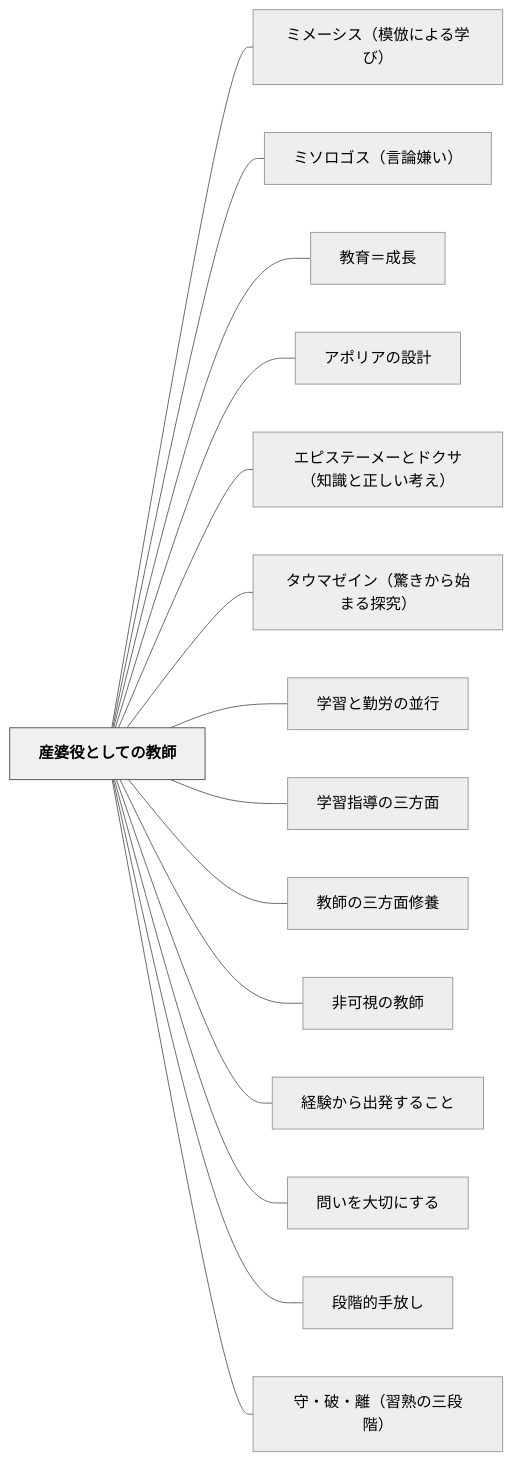
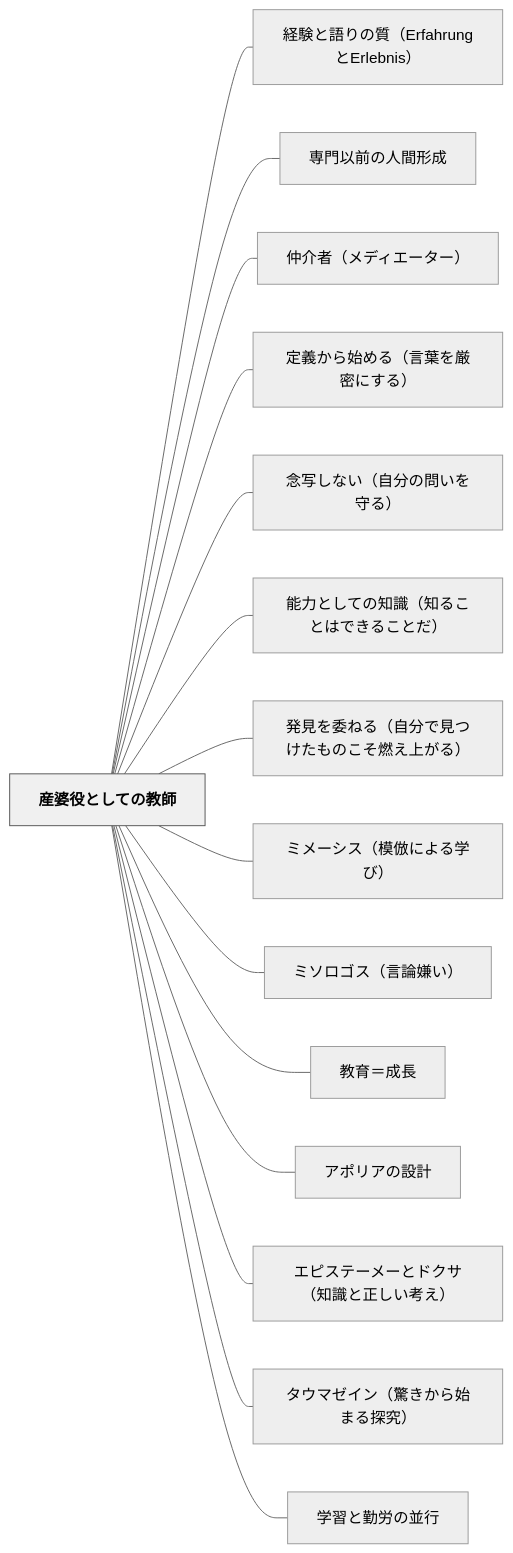
Before and after one commit to unknownthings-ed-patterns/unknownthings-ed-patterns: the diagram in content/パタン/産婆役としての教師.md, drawn with Mermaid (neutral theme). The commit also changed other lines of this file and 185 other files, not shown here.

````diff
--- a/content/パタン/産婆役としての教師.md
+++ b/content/パタン/産婆役としての教師.md
@@ -540,36 +547,36 @@
 ```mermaid
 flowchart LR
     ne794a3e5a986e5bdb9e381a8e38197e381a6e381aee69599e5b8ab["産婆役としての教師"]
+    ne7b58ce9a893e381a8e8aa9ee3828ae381aee8b3aaefbc88457266616872756e67e381a845726c65626e6973efbc89["経験と語りの質（ErfahrungとErlebnis）"]
+    ne5b082e99680e4bba5e5898de381aee4babae99693e5bda2e68890["専門以前の人間形成"]
+    ne4bbb2e4bb8be88085efbc88e383a1e38387e382a3e382a8e383bce382bfe383bcefbc89["仲介者（メディエーター）"]
+    ne5ae9ae7bea9e3818be38289e5a78be38281e3828befbc88e8a880e89189e38292e58eb3e5af86e381abe38199e3828befbc89["定義から始める（言葉を厳密にする）"]
+    ne5bfb5e58699e38197e381aae38184efbc88e887aae58886e381aee5958fe38184e38292e5ae88e3828befbc89["念写しない（自分の問いを守る）"]
+    ne883bde58a9be381a8e38197e381a6e381aee79fa5e8ad98efbc88e79fa5e3828be38193e381a8e381afe381a7e3818de3828be38193e381a8e381a0efbc89["能力としての知識（知ることはできることだ）"]
+    ne799bae8a68be38292e5a794e381ade3828befbc88e887aae58886e381a7e8a68be381a4e38191e3819fe38282e381aee38193e3819de78783e38188e4b88ae3818ce3828befbc89["発見を委ねる（自分で見つけたものこそ燃え上がる）"]
     ne3839fe383a1e383bce382b7e382b9efbc88e6a8a1e580a3e381abe38288e3828be5ada6e381b3efbc89["ミメーシス（模倣による学び）"]
     ne3839fe382bde383ade382b4e382b9efbc88e8a880e8ab96e5ab8ce38184efbc89["ミソロゴス（言論嫌い）"]
     ne69599e882b2efbc9de68890e995b7["教育＝成長"]
     ne382a2e3839de383aae382a2e381aee8a8ade8a888["アポリアの設計"]
     ne382a8e38394e382b9e38386e383bce383a1e383bce381a8e38389e382afe382b5efbc88e79fa5e8ad98e381a8e6ada3e38197e38184e88083e38188efbc89["エピステーメーとドクサ（知識と正しい考え）"]
     ne382bfe382a6e3839ee382bce382a4e383b3efbc88e9a99ae3818de3818be38289e5a78be381bee3828be68ea2e7a9b6efbc89["タウマゼイン（驚きから始まる探究）"]
     ne5ada6e7bf92e381a8e58ba4e58ab4e381aee4b8a6e8a18c["学習と勤労の並行"]
-    ne5ada6e7bf92e68c87e5b08ee381aee4b889e696b9e99da2["学習指導の三方面"]
-    ne69599e5b8abe381aee4b889e696b9e99da2e4bfaee9a48a["教師の三方面修養"]
-    ne99d9ee58fafe8a696e381aee69599e5b8ab["非可視の教師"]
-    ne7b58ce9a893e3818be38289e587bae799bae38199e3828be38193e381a8["経験から出発すること"]
-    ne5958fe38184e38292e5a4a7e58887e381abe38199e3828b["問いを大切にする"]
-    ne6aeb5e99a8ee79a84e6898be694bee38197["段階的手放し"]
-    ne5ae88e383bbe7a0b4e383bbe99ba2efbc88e7bf92e7869fe381aee4b889e6aeb5e99a8eefbc89["守・破・離（習熟の三段階）"]
 
+    ne794a3e5a986e5bdb9e381a8e38197e381a6e381aee69599e5b8ab --- ne7b58ce9a893e381a8e8aa9ee3828ae381aee8b3aaefbc88457266616872756e67e381a845726c65626e6973efbc89
+    ne794a3e5a986e5bdb9e381a8e38197e381a6e381aee69599e5b8ab --- ne5b082e99680e4bba5e5898de381aee4babae99693e5bda2e68890
+    ne794a3e5a986e5bdb9e381a8e38197e381a6e381aee69599e5b8ab --- ne4bbb2e4bb8be88085efbc88e383a1e38387e382a3e382a8e383bce382bfe383bcefbc89
+    ne794a3e5a986e5bdb9e381a8e38197e381a6e381aee69599e5b8ab --- ne5ae9ae7bea9e3818be38289e5a78be38281e3828befbc88e8a880e89189e38292e58eb3e5af86e381abe38199e3828befbc89
+    ne794a3e5a986e5bdb9e381a8e38197e381a6e381aee69599e5b8ab --- ne5bfb5e58699e38197e381aae38184efbc88e887aae58886e381aee5958fe38184e38292e5ae88e3828befbc89
+    ne794a3e5a986e5bdb9e381a8e38197e381a6e381aee69599e5b8ab --- ne883bde58a9be381a8e38197e381a6e381aee79fa5e8ad98efbc88e79fa5e3828be38193e381a8e381afe381a7e3818de3828be38193e381a8e381a0efbc89
+    ne794a3e5a986e5bdb9e381a8e38197e381a6e381aee69599e5b8ab --- ne799bae8a68be38292e5a794e381ade3828befbc88e887aae58886e381a7e8a68be381a4e38191e3819fe38282e381aee38193e3819de78783e38188e4b88ae3818ce3828befbc89
     ne794a3e5a986e5bdb9e381a8e38197e381a6e381aee69599e5b8ab --- ne3839fe383a1e383bce382b7e382b9efbc88e6a8a1e580a3e381abe38288e3828be5ada6e381b3efbc89
     ne794a3e5a986e5bdb9e381a8e38197e381a6e381aee69599e5b8ab --- ne3839fe382bde383ade382b4e382b9efbc88e8a880e8ab96e5ab8ce38184efbc89
     ne794a3e5a986e5bdb9e381a8e38197e381a6e381aee69599e5b8ab --- ne69599e882b2efbc9de68890e995b7
     ne794a3e5a986e5bdb9e381a8e38197e381a6e381aee69599e5b8ab --- ne382a2e3839de383aae382a2e381aee8a8ade8a888
     ne794a3e5a986e5bdb9e381a8e38197e381a6e381aee69599e5b8ab --- ne382a8e38394e382b9e38386e383bce383a1e383bce381a8e38389e382afe382b5efbc88e79fa5e8ad98e381a8e6ada3e38197e38184e88083e38188efbc89
     ne794a3e5a986e5bdb9e381a8e38197e381a6e381aee69599e5b8ab --- ne382bfe382a6e3839ee382bce382a4e383b3efbc88e9a99ae3818de3818be38289e5a78be381bee3828be68ea2e7a9b6efbc89
     ne794a3e5a986e5bdb9e381a8e38197e381a6e381aee69599e5b8ab --- ne5ada6e7bf92e381a8e58ba4e58ab4e381aee4b8a6e8a18c
-    ne794a3e5a986e5bdb9e381a8e38197e381a6e381aee69599e5b8ab --- ne5ada6e7bf92e68c87e5b08ee381aee4b889e696b9e99da2
-    ne794a3e5a986e5bdb9e381a8e38197e381a6e381aee69599e5b8ab --- ne69599e5b8abe381aee4b889e696b9e99da2e4bfaee9a48a
-    ne794a3e5a986e5bdb9e381a8e38197e381a6e381aee69599e5b8ab --- ne99d9ee58fafe8a696e381aee69599e5b8ab
-    ne794a3e5a986e5bdb9e381a8e38197e381a6e381aee69599e5b8ab --- ne7b58ce9a893e3818be38289e587bae799bae38199e3828be38193e381a8
-    ne794a3e5a986e5bdb9e381a8e38197e381a6e381aee69599e5b8ab --- ne5958fe38184e38292e5a4a7e58887e381abe38199e3828b
-    ne794a3e5a986e5bdb9e381a8e38197e381a6e381aee69599e5b8ab --- ne6aeb5e99a8ee79a84e6898be694bee38197
-    ne794a3e5a986e5bdb9e381a8e38197e381a6e381aee69599e5b8ab --- ne5ae88e383bbe7a0b4e383bbe99ba2efbc88e7bf92e7869fe381aee4b889e6aeb5e99a8eefbc89
 
     classDef hub fill:#f0f0f0,stroke:#555,color:#000,font-weight:bold
     class ne794a3e5a986e5bdb9e381a8e38197e381a6e381aee69599e5b8ab hub
 ```
````
